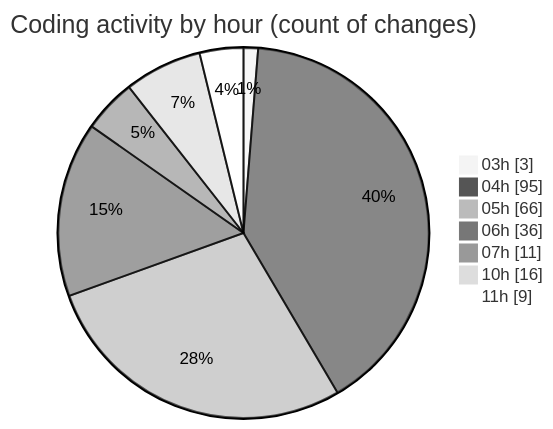
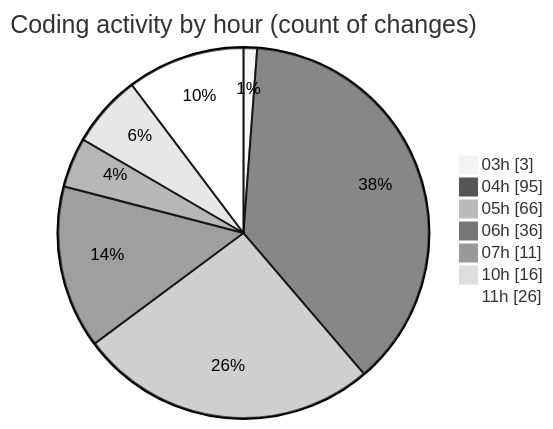
The second of 2 diagrams in 2025-01-03/tinycms/README.md (ernivani/code-tracking), drawn with Mermaid (neutral theme) before and after one commit. The commit also changed other lines of this file and 5 other files, not shown here.

````diff
--- a/2025-01-03/tinycms/README.md
+++ b/2025-01-03/tinycms/README.md
@@ -76,11 +76,11 @@
 ```mermaid
 pie showData
 title Coding activity by hour (count of changes)
 "03h" : 3
 "04h" : 95
 "05h" : 66
 "06h" : 36
 "07h" : 11
 "10h" : 16
-"11h" : 9
+"11h" : 26
 ```
````
